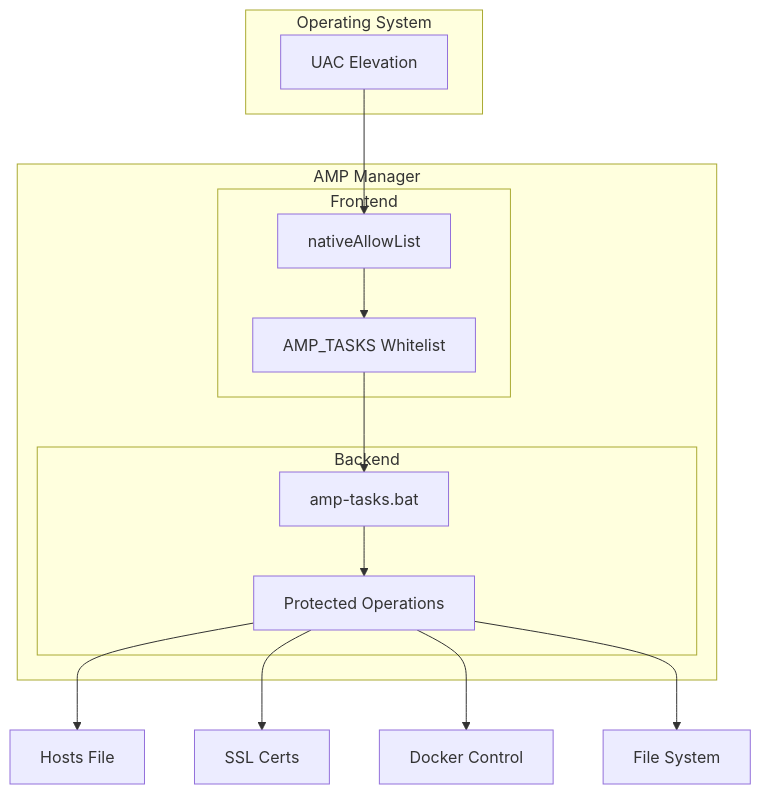
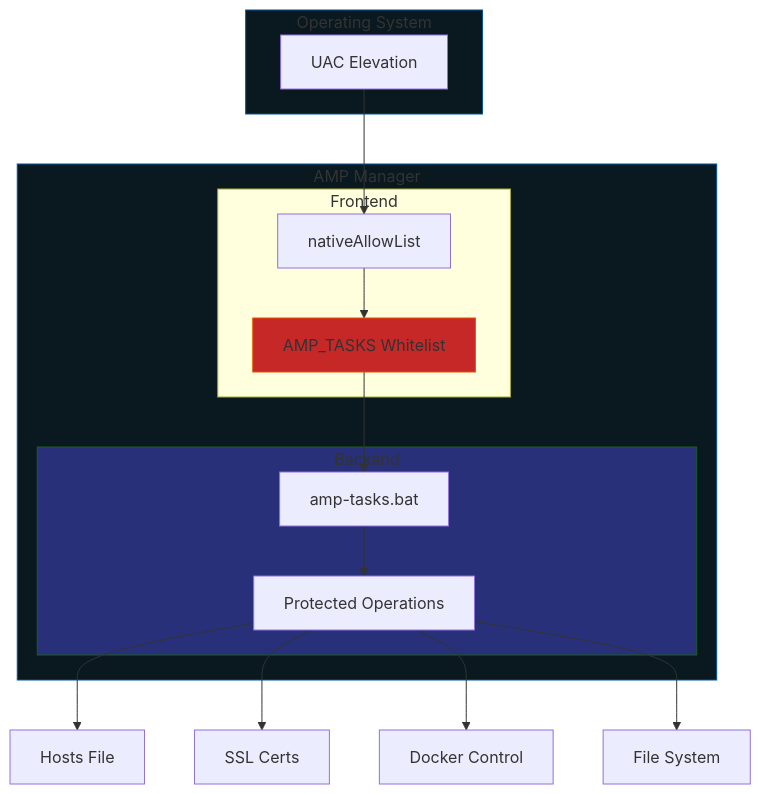
Before and after one commit to Amp-Manager/docs: the second of 4 diagrams in security.md, drawn with Mermaid. The commit also changed other lines of this file and 6 other files, not shown here.

````diff
--- a/security.md
+++ b/security.md
@@ -126,28 +131,33 @@
 ```mermaid
 flowchart TB
     subgraph OS["Operating System"]
         UAC[UAC Elevation]
     end
     
     subgraph App["AMP Manager"]
         subgraph Frontend["Frontend"]
             AL[nativeAllowList]
             TW[AMP_TASKS Whitelist]
         end
         
         subgraph Backend["Backend"]
             BAT[amp-tasks.bat]
             OP[Protected Operations]
         end
     end
     
     UAC --> AL
     AL --> TW
     TW --> BAT
     BAT --> OP
     
     OP --> H[Hosts File]
     OP --> SSL[SSL Certs]
     OP --> D[Docker Control]
     OP --> F[File System]
+
+    style OS fill:#0a1920,stroke:#01579b
+    style App fill:#0a1920,stroke:#01579b
+    style TW fill:#c62828,stroke:#e65100
+    style Backend fill:#273078,stroke:#1b5e20
 ```
````
